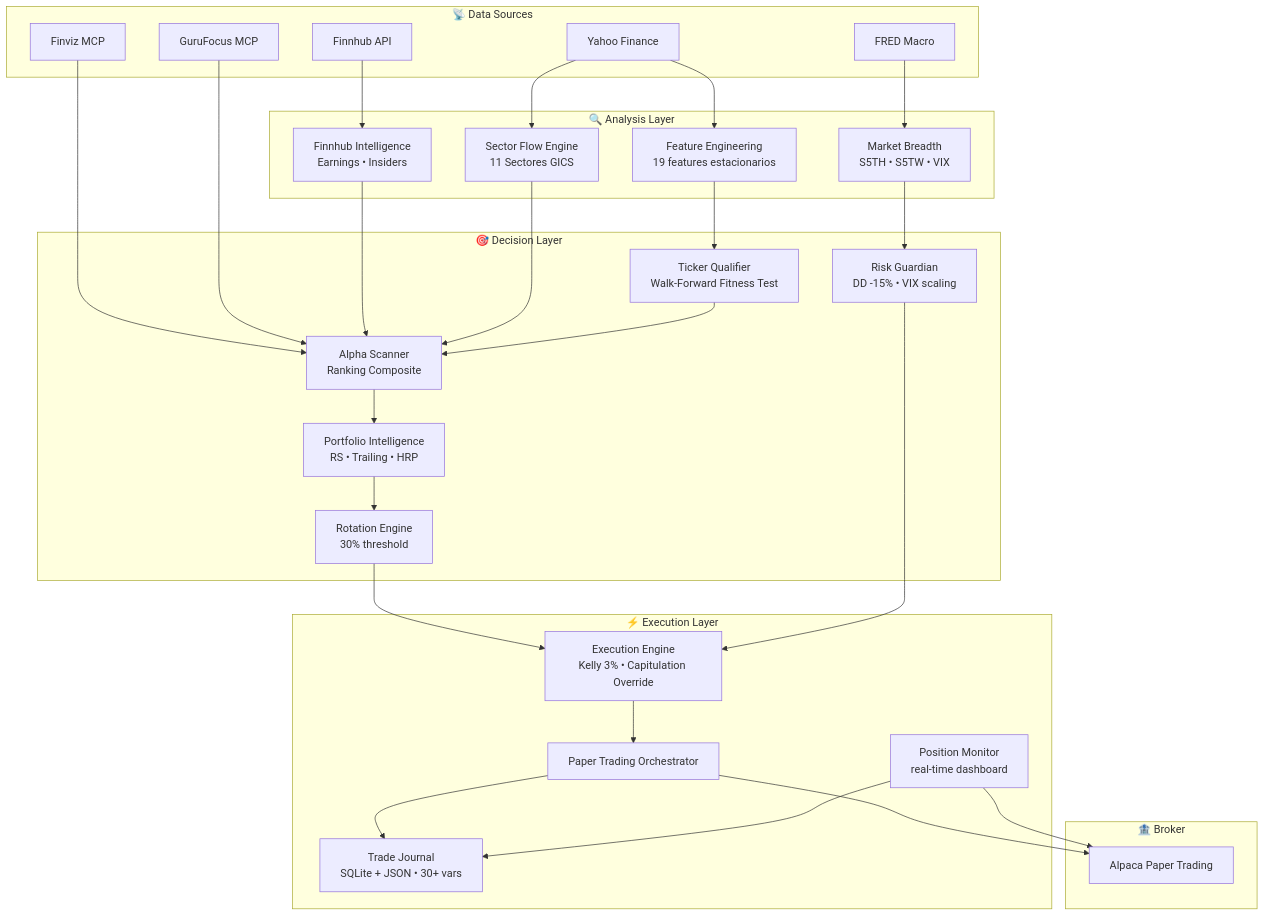
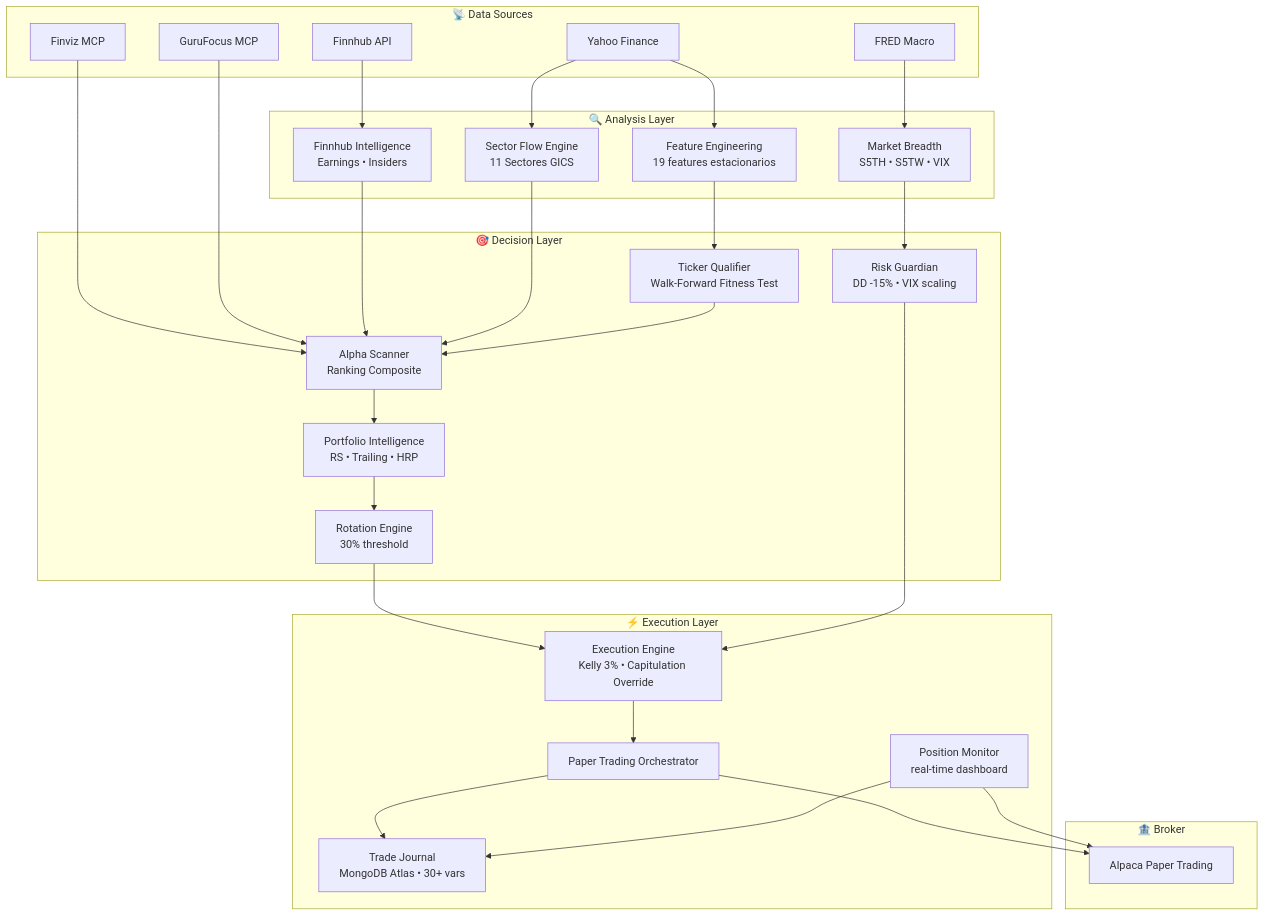
The first of 4 diagrams in docs/session-portfolio-intelligence.md (Charlie7532/botero-trade-engine), drawn with Mermaid before and after one commit. The commit also changed other lines of this file and 40 other files, not shown here.

````diff
--- a/docs/session-portfolio-intelligence.md
+++ b/docs/session-portfolio-intelligence.md
@@ -18,60 +18,60 @@
 ```mermaid
 graph TD
     subgraph "📡 Data Sources"
         FV[Finviz MCP]
         FH[Finnhub API]
         YF[Yahoo Finance]
         FRED[FRED Macro]
         GF[GuruFocus MCP]
     end
 
     subgraph "🔍 Analysis Layer"
         FE[Feature Engineering<br/>19 features estacionarios]
         SF[Sector Flow Engine<br/>11 Sectores GICS]
         MB[Market Breadth<br/>S5TH • S5TW • VIX]
         FI[Finnhub Intelligence<br/>Earnings • Insiders]
     end
 
     subgraph "🎯 Decision Layer"
         AS[Alpha Scanner<br/>Ranking Composite]
         TQ[Ticker Qualifier<br/>Walk-Forward Fitness Test]
         PI[Portfolio Intelligence<br/>RS • Trailing • HRP]
         RE[Rotation Engine<br/>30% threshold]
         RG[Risk Guardian<br/>DD -15% • VIX scaling]
     end
 
     subgraph "⚡ Execution Layer"
         EE[Execution Engine<br/>Kelly 3% • Capitulation Override]
         PT[Paper Trading Orchestrator]
-        TJ[Trade Journal<br/>SQLite + JSON • 30+ vars]
+        TJ[Trade Journal<br/>MongoDB Atlas • 30+ vars]
         PM[Position Monitor<br/>real-time dashboard]
     end
 
     subgraph "🏦 Broker"
         ALP[Alpaca Paper Trading]
     end
 
     FV --> AS
     FH --> FI
     YF --> FE
     YF --> SF
     FRED --> MB
     GF --> AS
 
     FI --> AS
     FE --> TQ
     SF --> AS
     MB --> RG
 
     AS --> PI
     TQ --> AS
     PI --> RE
     RE --> EE
     RG --> EE
 
     EE --> PT
     PT --> TJ
     PT --> ALP
     PM --> ALP
     PM --> TJ
 ```
````
